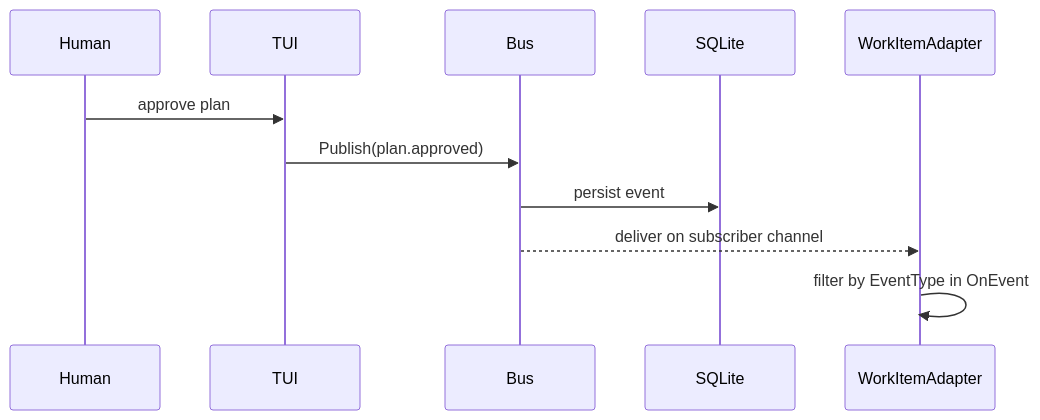
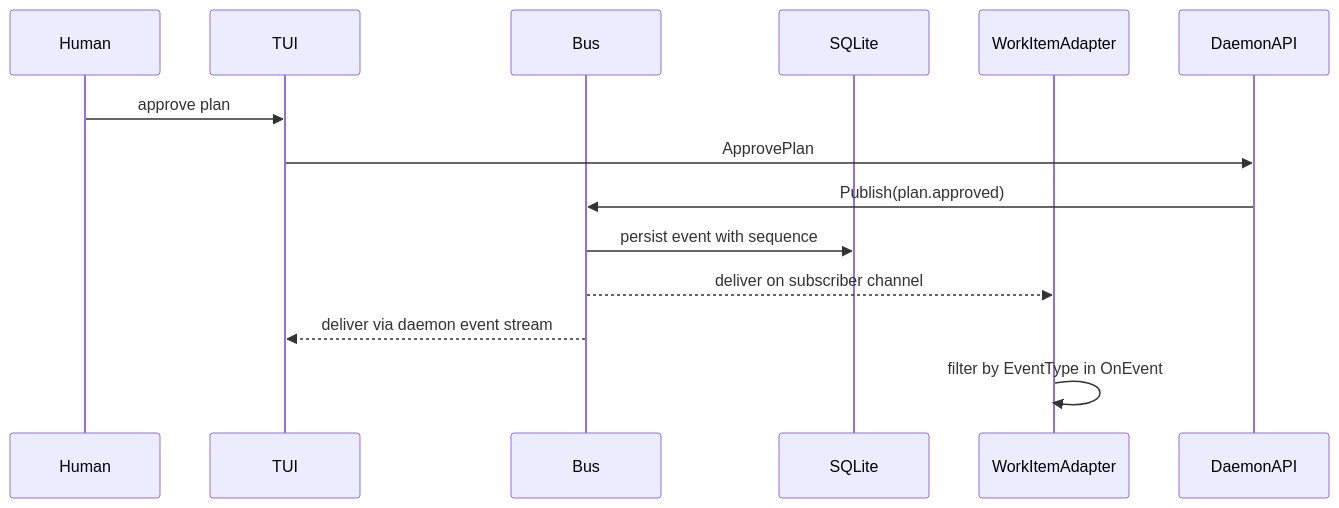
The first of 2 diagrams in docs/03-event-system.md (beeemT/substrate), drawn with Mermaid before and after one commit. The commit also changed other lines of this file and 86 other files, not shown here.

````diff
--- a/docs/03-event-system.md
+++ b/docs/03-event-system.md
@@ -179,14 +179,16 @@
 ```mermaid
 sequenceDiagram
     participant Human
     participant TUI
     participant Bus
     participant SQLite
     participant WorkItemAdapter
 
     Human->>TUI: approve plan
-    TUI->>Bus: Publish(plan.approved)
-    Bus->>SQLite: persist event
+    TUI->>DaemonAPI: ApprovePlan
+    DaemonAPI->>Bus: Publish(plan.approved)
+    Bus->>SQLite: persist event with sequence
     Bus-->>WorkItemAdapter: deliver on subscriber channel
+    Bus-->>TUI: deliver via daemon event stream
     WorkItemAdapter->>WorkItemAdapter: filter by EventType in OnEvent
 ```
````
